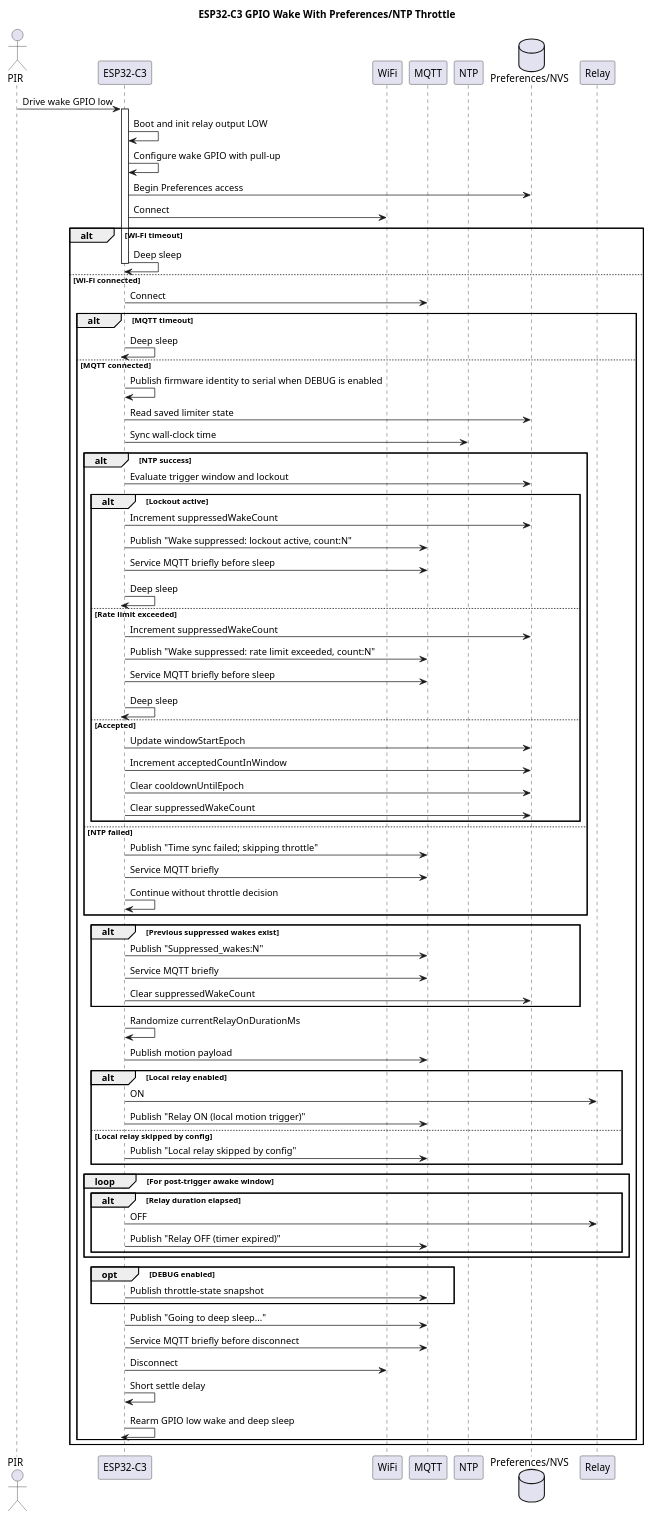
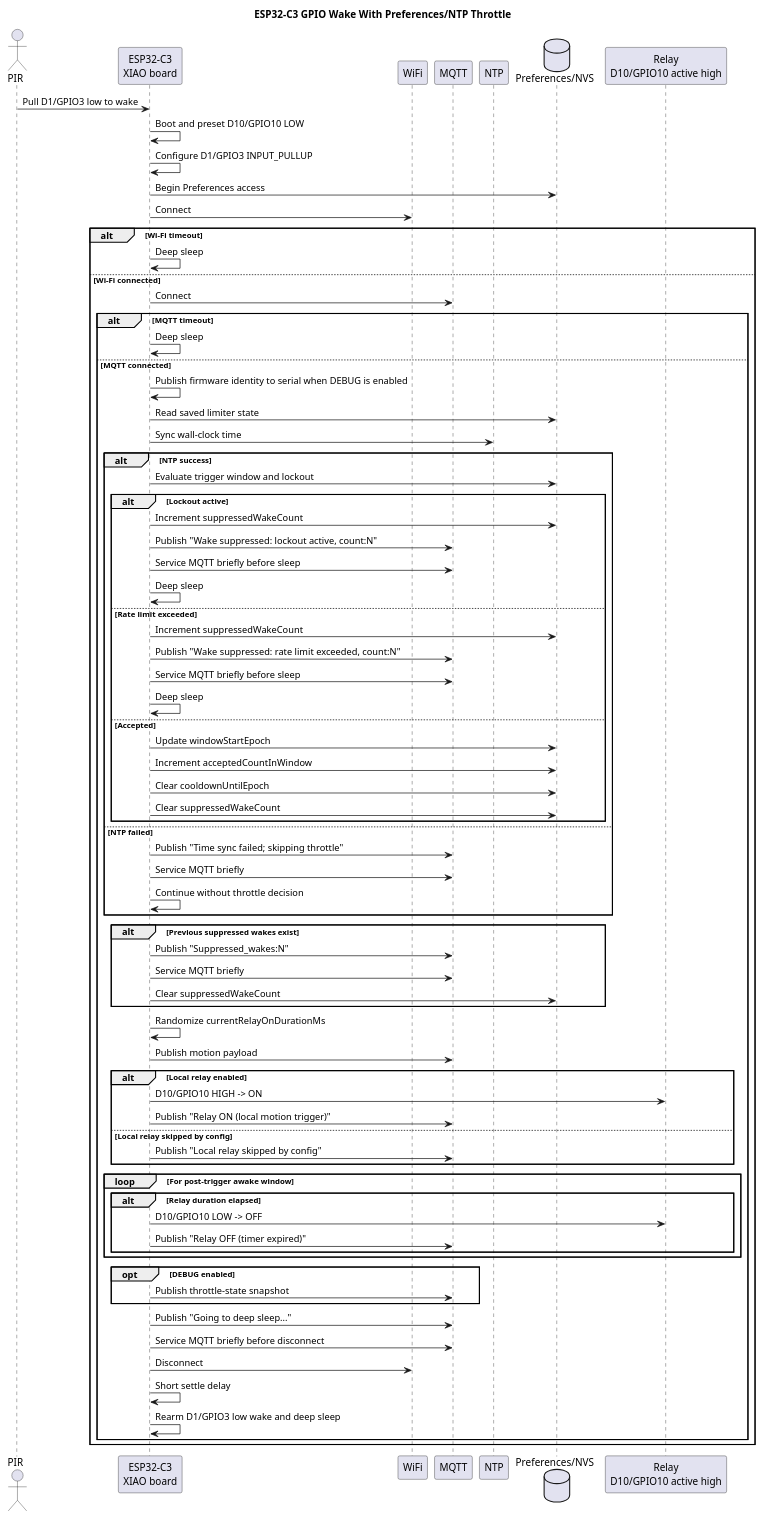
One commit to harraz/elghafeer changed the diagram in docs/firmware-flow.puml. Above: the diagram before and after it, drawn with PlantUML. The commit also changed 4 other files, not shown here.

First line of the commit message:
Document XIAO ESP32-C3 deep-sleep wiring and flow

```diff
--- a/docs/firmware-flow.puml
+++ b/docs/firmware-flow.puml
@@ -1,95 +1,89 @@
 @startuml
 title ESP32-C3 GPIO Wake With Preferences/NTP Throttle
 
 actor PIR
-participant "ESP32-C3" as ESP
+participant "ESP32-C3\nXIAO board" as ESP
 participant "WiFi" as WIFI
 participant "MQTT" as MQTT
 participant "NTP" as NTP
 database "Preferences/NVS" as NVS
-participant "Relay" as RELAY
+participant "Relay\nD10/GPIO10 active high" as RELAY
 
-PIR -> ESP : Drive wake GPIO low
-activate ESP
+PIR -> ESP : Pull D1/GPIO3 low to wake
 
-ESP -> ESP : Boot and init relay output LOW
-ESP -> ESP : Configure wake GPIO with pull-up
+ESP -> ESP : Boot and preset D10/GPIO10 LOW
+ESP -> ESP : Configure D1/GPIO3 INPUT_PULLUP
 ESP -> NVS : Begin Preferences access
 
 ESP -> WIFI : Connect
 alt Wi-Fi timeout
   ESP -> ESP : Deep sleep
-  deactivate ESP
 else Wi-Fi connected
   ESP -> MQTT : Connect
   alt MQTT timeout
     ESP -> ESP : Deep sleep
-    deactivate ESP
   else MQTT connected
     ESP -> ESP : Publish firmware identity to serial when DEBUG is enabled
 
     ESP -> NVS : Read saved limiter state
     ESP -> NTP : Sync wall-clock time
 
     alt NTP success
       ESP -> NVS : Evaluate trigger window and lockout
 
       alt Lockout active
         ESP -> NVS : Increment suppressedWakeCount
         ESP -> MQTT : Publish "Wake suppressed: lockout active, count:N"
         ESP -> MQTT : Service MQTT briefly before sleep
         ESP -> ESP : Deep sleep
-        deactivate ESP
       else Rate limit exceeded
         ESP -> NVS : Increment suppressedWakeCount
         ESP -> MQTT : Publish "Wake suppressed: rate limit exceeded, count:N"
         ESP -> MQTT : Service MQTT briefly before sleep
         ESP -> ESP : Deep sleep
-        deactivate ESP
       else Accepted
         ESP -> NVS : Update windowStartEpoch
         ESP -> NVS : Increment acceptedCountInWindow
         ESP -> NVS : Clear cooldownUntilEpoch
         ESP -> NVS : Clear suppressedWakeCount
       end
     else NTP failed
       ESP -> MQTT : Publish "Time sync failed; skipping throttle"
       ESP -> MQTT : Service MQTT briefly
       ESP -> ESP : Continue without throttle decision
     end
 
     alt Previous suppressed wakes exist
       ESP -> MQTT : Publish "Suppressed_wakes:N"
       ESP -> MQTT : Service MQTT briefly
       ESP -> NVS : Clear suppressedWakeCount
     end
 
     ESP -> ESP : Randomize currentRelayOnDurationMs
     ESP -> MQTT : Publish motion payload
     alt Local relay enabled
-      ESP -> RELAY : ON
+      ESP -> RELAY : D10/GPIO10 HIGH -> ON
       ESP -> MQTT : Publish "Relay ON (local motion trigger)"
     else Local relay skipped by config
       ESP -> MQTT : Publish "Local relay skipped by config"
     end
 
     loop For post-trigger awake window
       alt Relay duration elapsed
-        ESP -> RELAY : OFF
+        ESP -> RELAY : D10/GPIO10 LOW -> OFF
         ESP -> MQTT : Publish "Relay OFF (timer expired)"
       end
     end
 
     opt DEBUG enabled
       ESP -> MQTT : Publish throttle-state snapshot
     end
 
     ESP -> MQTT : Publish "Going to deep sleep..."
     ESP -> MQTT : Service MQTT briefly before disconnect
     ESP -> WIFI : Disconnect
     ESP -> ESP : Short settle delay
-    ESP -> ESP : Rearm GPIO low wake and deep sleep
-    deactivate ESP
+    ESP -> ESP : Rearm D1/GPIO3 low wake and deep sleep
   end
 end
 @enduml
```
